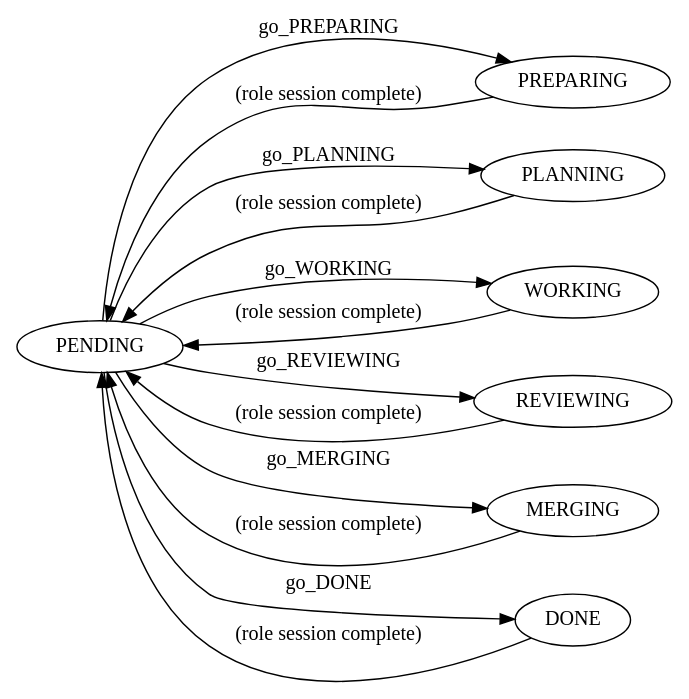
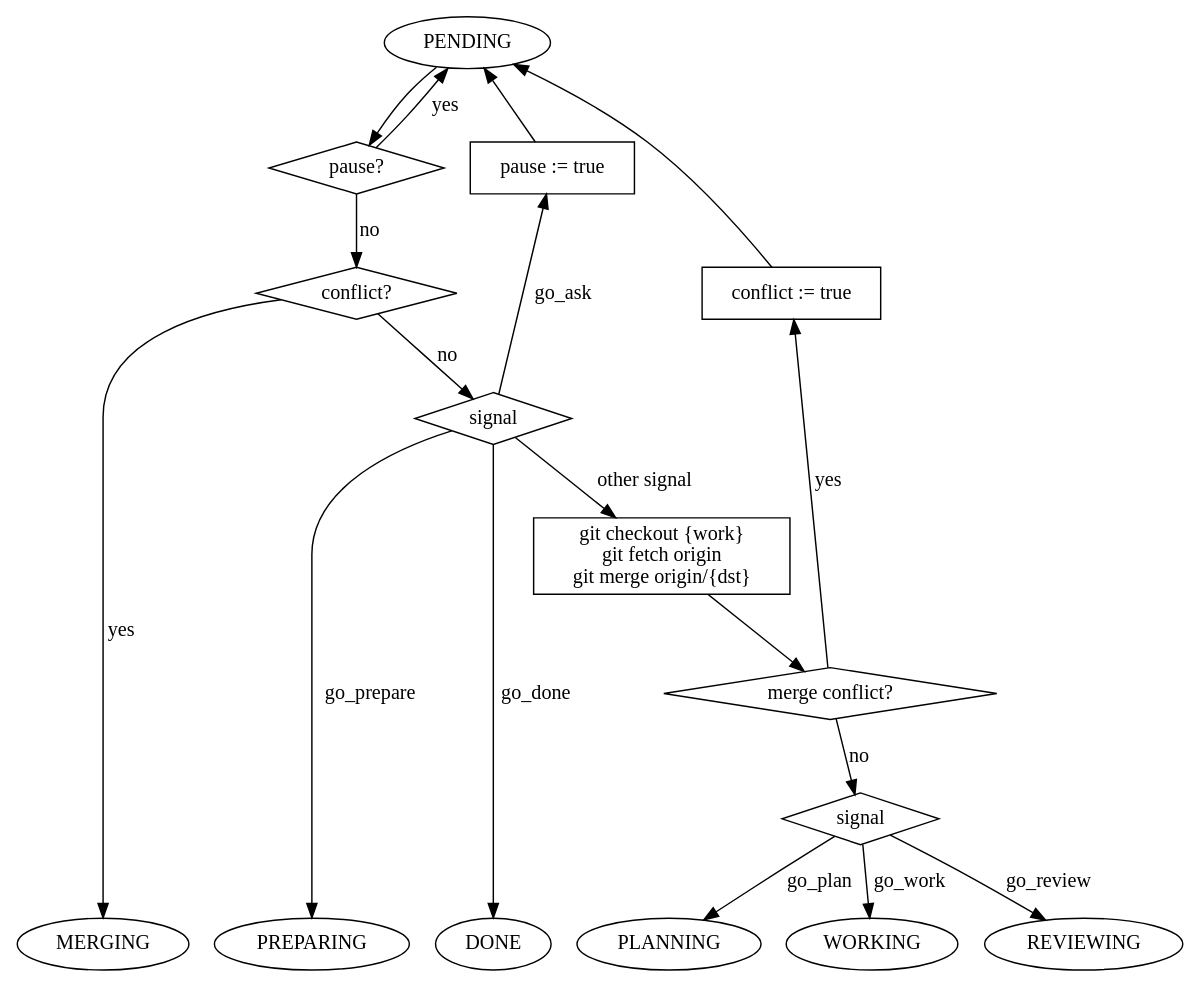
Before and after one commit to milyin/zbobr: the diagram in docs/transitions.dot, drawn with Graphviz.

Commit message:
states diagram

```diff
--- a/docs/transitions.dot
+++ b/docs/transitions.dot
@@ -1,36 +1,49 @@
 // Graphviz .dot description of task state transitions for dispatcher
 // States: PENDING, PREPARING, PLANNING, WORKING, REVIEWING, MERGING, DONE
 // Transitions controlled by signal and flavors
 
 digraph dispatcher_states {
-    rankdir=LR;
+    rankdir=UD;
+    { rank=min; PENDING; }
+    { rank=max; PREPARING; PLANNING; WORKING; REVIEWING; MERGING; DONE; } 
+    { rank=same; CHECK_CONFLICT_FLAG; SET_CONFLICT_FLAG; }
+    { rank=same; CHECK_PAUSE_FLAG; SET_PAUSE_FLAG; }
+    splines=true;
     node [shape=ellipse];
+
+    CHECK_PAUSE_FLAG [shape=diamond, label="pause?"];
+    CHECK_CONFLICT_FLAG [shape=diamond, label="conflict?"];
+    CHECK_SIGNALS_SIMPLE [shape=diamond, label="signal"];
+    PULL [shape=box, label="git checkout {work}\ngit fetch origin\ngit merge origin/{dst}"];
+    CHECK_MERGE_CONFLICT [shape=diamond, label="merge conflict?"];
+    CHECK_SIGNALS_REPO [shape=diamond, label="signal"];
+    SET_PAUSE_FLAG [shape=box, label="pause := true"];
+    SET_CONFLICT_FLAG [shape=box, label="conflict := true"];
+
+    // dispatcher evaluation flow
+    PENDING -> CHECK_PAUSE_FLAG;
+    CHECK_PAUSE_FLAG -> PENDING [label="yes"];
+    CHECK_PAUSE_FLAG -> CHECK_CONFLICT_FLAG [label="no"];
+    CHECK_CONFLICT_FLAG -> MERGING [label="yes"];
+    CHECK_CONFLICT_FLAG -> CHECK_SIGNALS_SIMPLE [label="no"];
+    CHECK_SIGNALS_SIMPLE -> PREPARING [label="go_prepare"];
+    CHECK_SIGNALS_SIMPLE -> DONE [label="go_done"];
+    CHECK_SIGNALS_SIMPLE -> SET_PAUSE_FLAG [label="go_ask"];
+    CHECK_SIGNALS_SIMPLE -> PULL [label="other signal"];
+    PULL -> CHECK_MERGE_CONFLICT;
+    CHECK_MERGE_CONFLICT -> SET_CONFLICT_FLAG [label="yes"];
+    SET_CONFLICT_FLAG -> PENDING;
+    SET_PAUSE_FLAG -> PENDING;
+    CHECK_MERGE_CONFLICT -> CHECK_SIGNALS_REPO [label="no"];
+    CHECK_SIGNALS_REPO -> PLANNING  [label="go_plan"];
+    CHECK_SIGNALS_REPO -> WORKING   [label="go_work"];
+    CHECK_SIGNALS_REPO -> REVIEWING [label="go_review"];
 
     PENDING;
     PREPARING;
     PLANNING;
     WORKING;
     REVIEWING;
     MERGING;
     DONE;
-
-    // normal transitions
-    PENDING -> PREPARING [label="go_PREPARING"];
-    PENDING -> PLANNING   [label="go_PLANNING"];
-    PENDING -> WORKING    [label="go_WORKING"];
-    PENDING -> REVIEWING  [label="go_REVIEWING"];
-    PENDING -> MERGING    [label="go_MERGING"];
-    PENDING -> DONE       [label="go_DONE"];
-
-    PREPARING -> PENDING [label="(role session complete)"];
-    PLANNING   -> PENDING [label="(role session complete)"];
-    WORKING    -> PENDING [label="(role session complete)"];
-    REVIEWING  -> PENDING [label="(role session complete)"];
-    MERGING    -> PENDING [label="(role session complete)"];
-    DONE       -> PENDING [label="(role session complete)"];
-
-    // flavor-driven overrides: not shown as edges but documented
-    // conflict: when any task in PENDING has flavor "conflict", dispatcher
-    //         ignores signal and instead sets state to MERGING and runs merging
-    // pause: when flavor "pause" active, dispatcher ignores signal and keeps PENDING
 }
```
